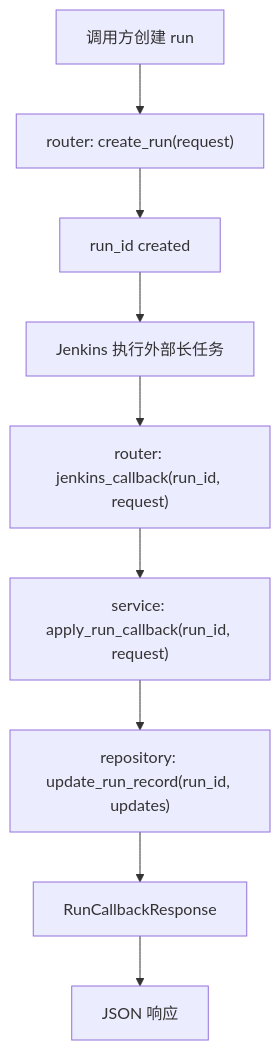
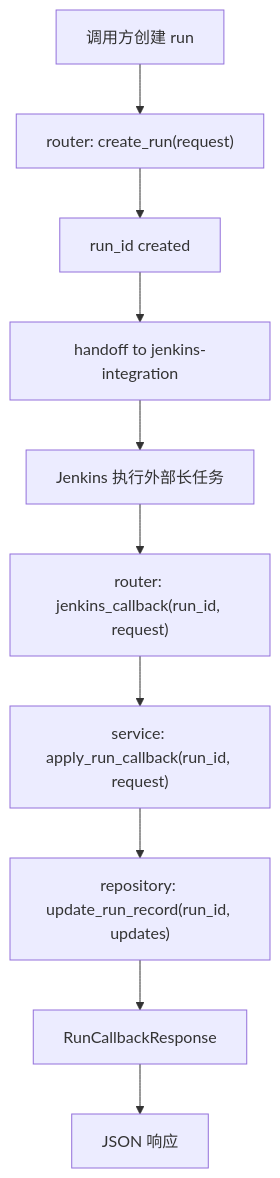
Before and after one commit to stella555359/jenkins_robotframework: the diagram in docs/modules/platform-api/steps/step-11-jenkins-trigger-and-callback.md, drawn with Mermaid. The commit also changed other lines of this file and 60 other files, not shown here.

````diff
--- a/docs/modules/platform-api/steps/step-11-jenkins-trigger-and-callback.md
+++ b/docs/modules/platform-api/steps/step-11-jenkins-trigger-and-callback.md
@@ -72,11 +72,12 @@
 ```mermaid
 flowchart TD
 Portal["调用方创建 run"] --> Create["router: create_run(request)"]
 Create --> RunCreated["run_id created"]
-RunCreated --> Jenkins["Jenkins 执行外部长任务"]
+RunCreated --> Handoff["handoff to jenkins-integration"]
+Handoff --> Jenkins["Jenkins 执行外部长任务"]
 Jenkins --> Callback["router: jenkins_callback(run_id, request)"]
 Callback --> Service["service: apply_run_callback(run_id, request)"]
 Service --> Repo["repository: update_run_record(run_id, updates)"]
 Repo --> Response["RunCallbackResponse"]
 Response --> Json["JSON 响应"]
 ```
````
